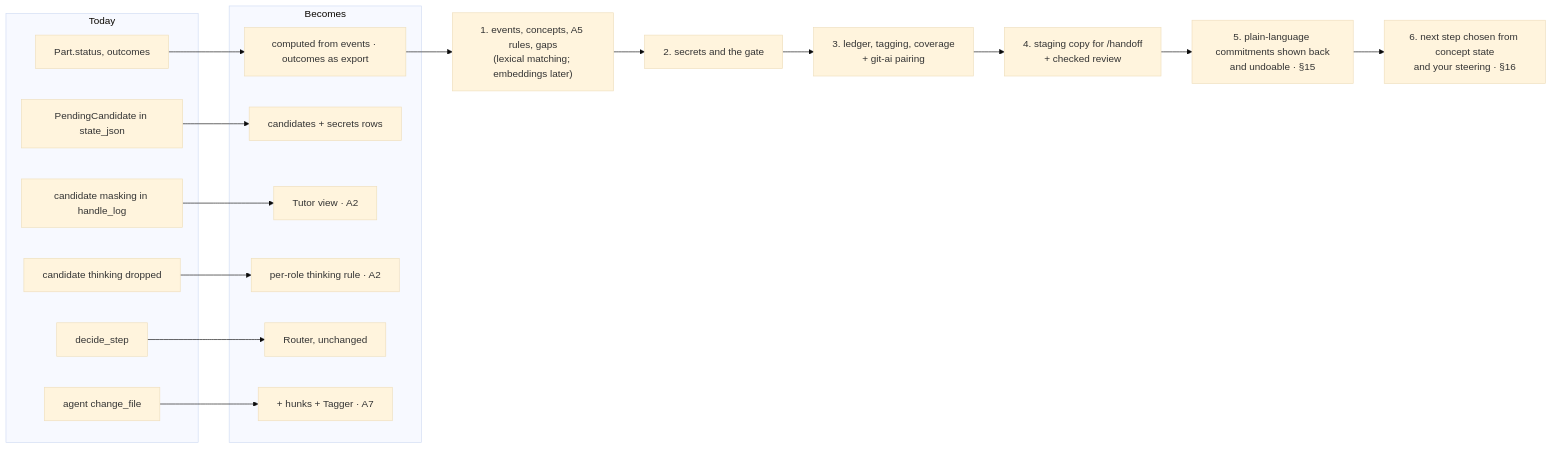
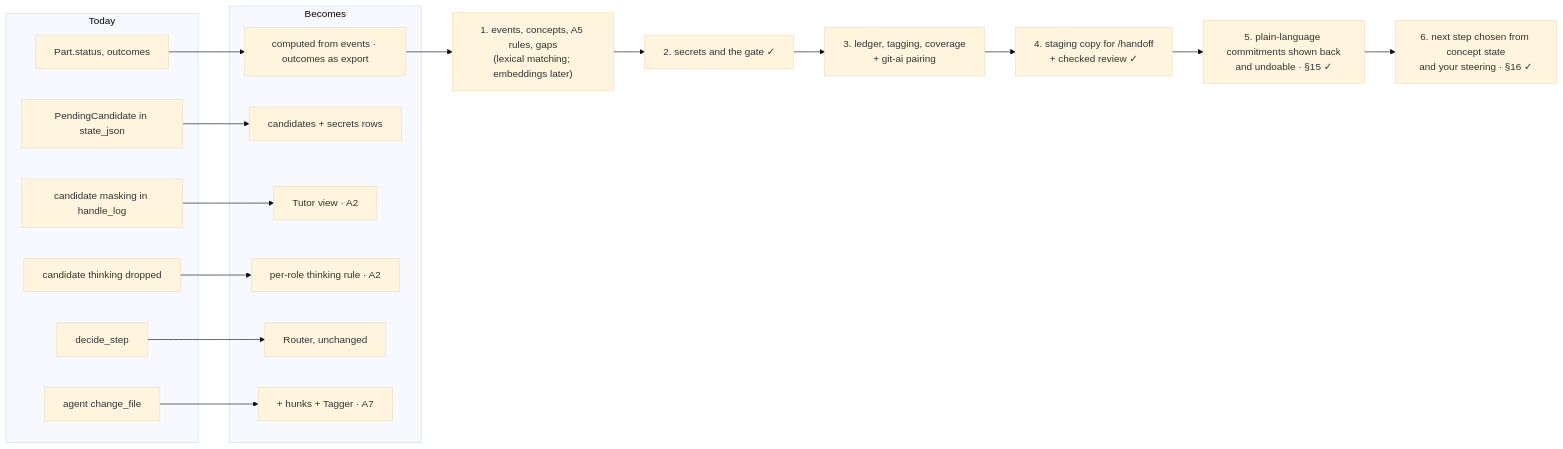
Diagram 13 of 13 in docs/theory.md (lprsrts/pathfinder), drawn with Mermaid (base theme) before and after one commit. The commit also changed other lines of this file, not shown here.

````diff
--- a/docs/theory.md
+++ b/docs/theory.md
@@ -545,31 +560,31 @@
 ```mermaid
 flowchart LR
     subgraph Now[Today]
         a1[Part.status, outcomes]
         a2[PendingCandidate in state_json]
         a3[candidate masking in handle_log]
         a4[candidate thinking dropped]
         a5[decide_step]
         a6[agent change_file]
     end
     subgraph Next[Becomes]
         b1[computed from events · outcomes as export]
         b2[candidates + secrets rows]
         b3[Tutor view · A2]
         b4[per-role thinking rule · A2]
         b5[Router, unchanged]
         b6[+ hunks + Tagger · A7]
     end
     a1-->b1
     a2-->b2
     a3-->b3
     a4-->b4
     a5-->b5
     a6-->b6
     b1 --> S1["1. events, concepts, A5 rules, gaps<br/>(lexical matching; embeddings later)"]
-    S1 --> S2[2. secrets and the gate]
+    S1 --> S2["2. secrets and the gate ✓"]
     S2 --> S3["3. ledger, tagging, coverage<br/>+ git-ai pairing"]
-    S3 --> S4["4. staging copy for /handoff<br/>+ checked review"]
-    S4 --> S5["5. plain-language commitments shown back<br/>and undoable · §15"]
-    S5 --> S6["6. next step chosen from concept state<br/>and your steering · §16"]
+    S3 --> S4["4. staging copy for /handoff<br/>+ checked review ✓"]
+    S4 --> S5["5. plain-language commitments shown back<br/>and undoable · §15 ✓"]
+    S5 --> S6["6. next step chosen from concept state<br/>and your steering · §16 ✓"]
 ```
````
